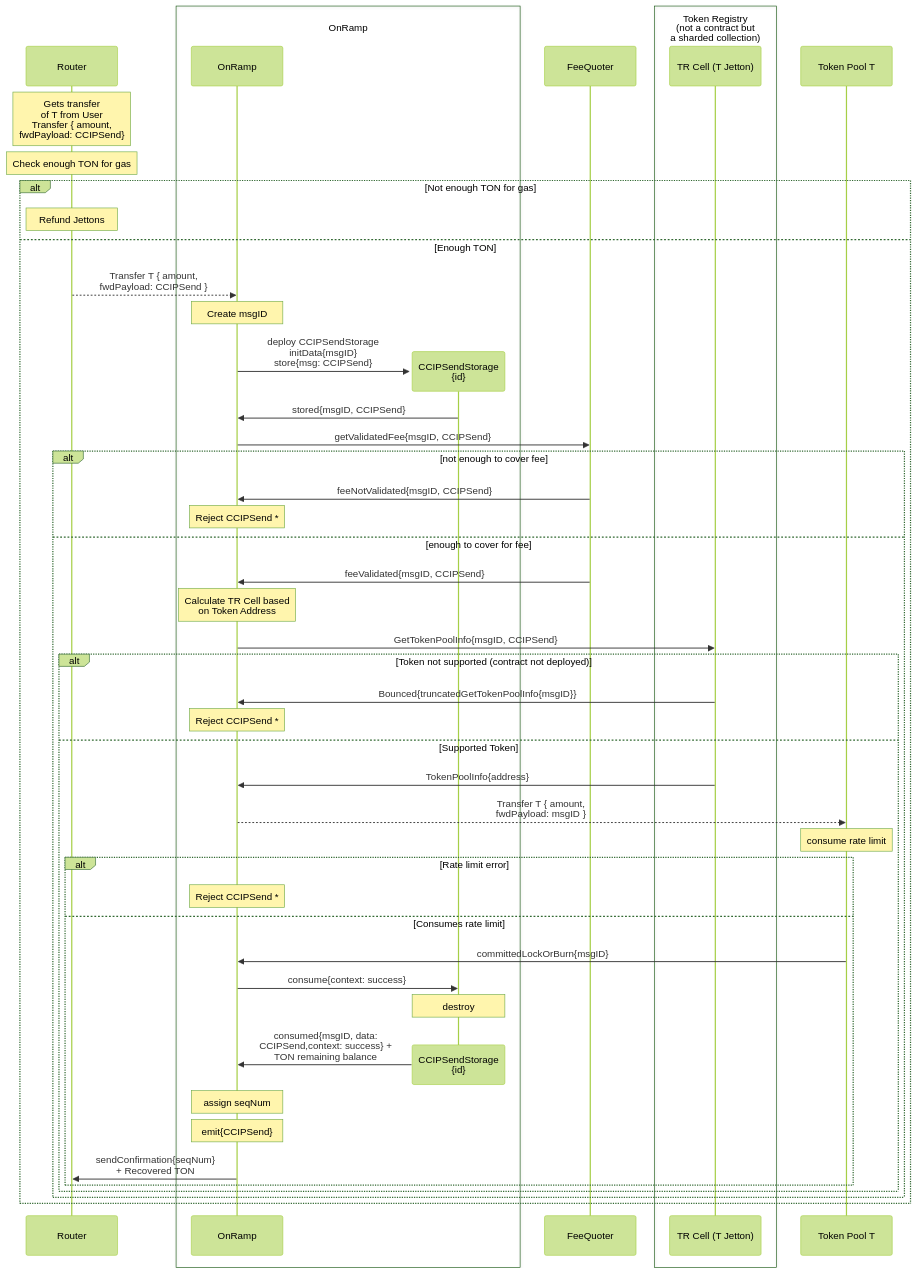
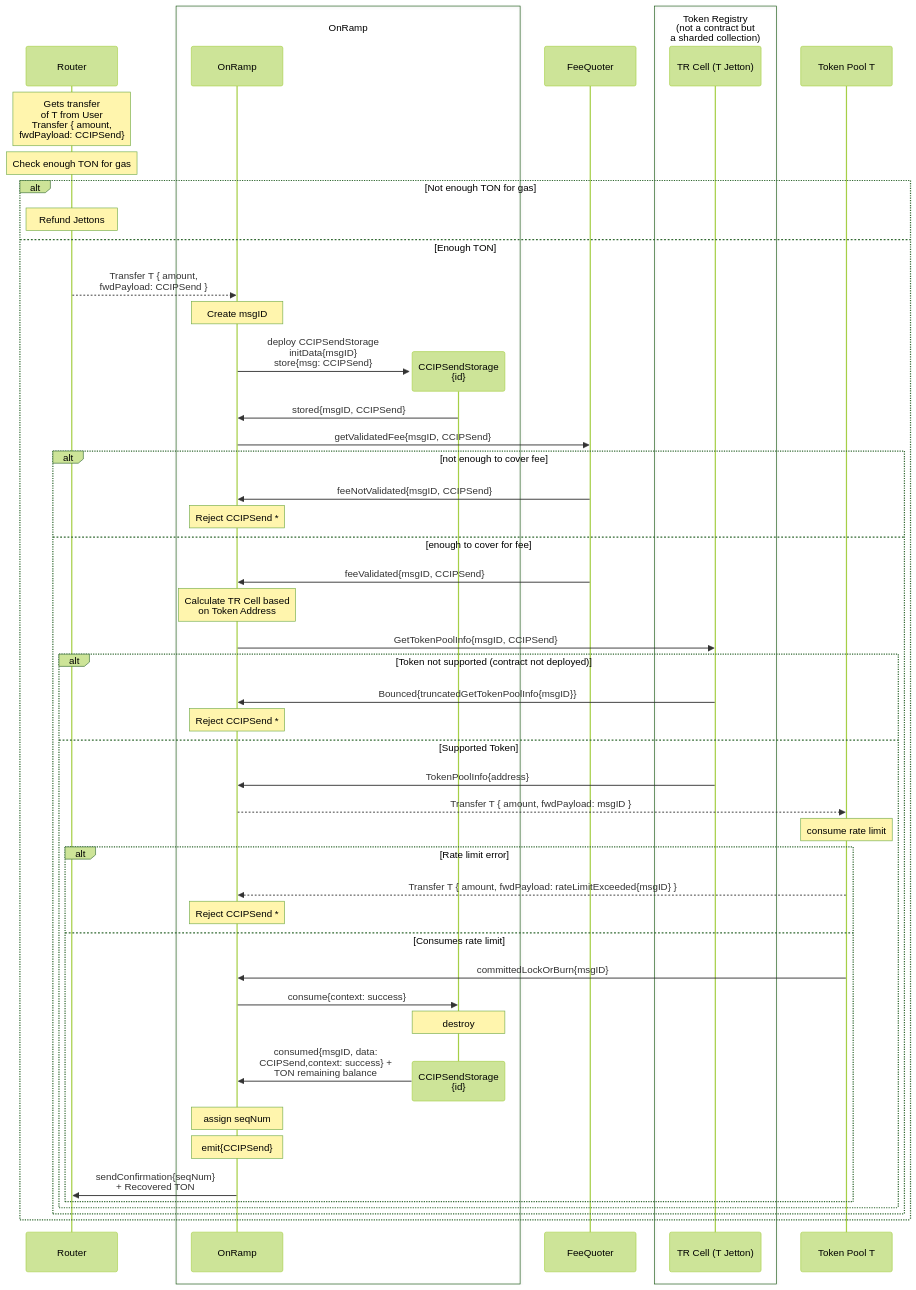
The first of 2 diagrams in docs/contracts/ccip/flow/onramp/token-transfer.md (smartcontractkit/chainlink-ton), drawn with Mermaid (forest theme) before and after one commit.

Commit message:
fix: missing message in token transfer

````diff
--- a/docs/contracts/ccip/flow/onramp/token-transfer.md
+++ b/docs/contracts/ccip/flow/onramp/token-transfer.md
@@ -9,69 +9,70 @@
 ```mermaid
 sequenceDiagram
     participant R as Router
 
     Note over R: Gets transfer<br>of T from User<br>Transfer { amount,<br>fwdPayload: CCIPSend}
     Note over R: Check enough TON for gas 
     alt Not enough TON for gas
     Note over R: Refund Jettons
     else Enough TON
 
     R -->> OR: Transfer T { amount,<br>fwdPayload: CCIPSend }
     
     Note over OR: Create msgID
     create participant CS
     OR ->> CS: deploy CCIPSendStorage <br>initData{msgID}<br>store{msg: CCIPSend}
     CS ->> OR: stored{msgID, CCIPSend}
 
     box OnRamp
     participant OR as OnRamp
     participant CS as CCIPSendStorage<br>{id}
     end
 
     participant FQ as FeeQuoter
 
     box Token Registry<br>(not a contract but<br>a sharded collection)
     participant TRC as TR Cell (T Jetton)
     end
 
     participant TP as Token Pool T
 
     OR ->> FQ: getValidatedFee{msgID, CCIPSend}
 
 
     alt not enough to cover fee
     FQ ->> OR: feeNotValidated{msgID, CCIPSend}
     Note over OR: Reject CCIPSend *
 
     else enough to cover for fee
     FQ ->> OR: feeValidated{msgID, CCIPSend}
     Note over OR: Calculate TR Cell based<br>on Token Address
 
     OR ->> TRC: GetTokenPoolInfo{msgID, CCIPSend}
 
     alt Token not supported (contract not deployed)
     TRC ->> OR: Bounced{truncatedGetTokenPoolInfo{msgID}}
     Note over OR: Reject CCIPSend *
     else Supported Token
     TRC ->> OR: TokenPoolInfo{address}
 
-    OR -->> TP: Transfer T { amount,<br>fwdPayload: msgID }
+    OR -->> TP: Transfer T { amount, fwdPayload: msgID }
     
     Note over TP: consume rate limit
     alt Rate limit error
+    TP -->> OR: Transfer T { amount, fwdPayload: rateLimitExceeded{msgID} }
     Note over OR: Reject CCIPSend *
 
     else Consumes rate limit
     TP ->> OR: committedLockOrBurn{msgID} 
     OR ->> CS: consume{context: success} 
     Note over CS: destroy
     destroy CS
     CS ->> OR: consumed{msgID, data:<br>CCIPSend,context: success} +<br>TON remaining balance
     note over OR: assign seqNum
     note over OR: emit{CCIPSend}
     OR ->> R: sendConfirmation{seqNum}<br>+ Recovered TON
     end
     end
     end
     end
 ```
````
